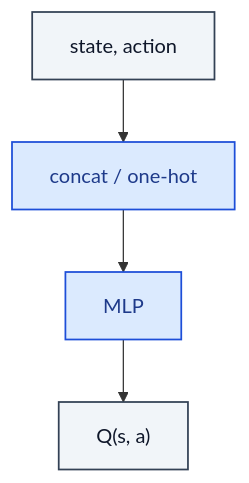
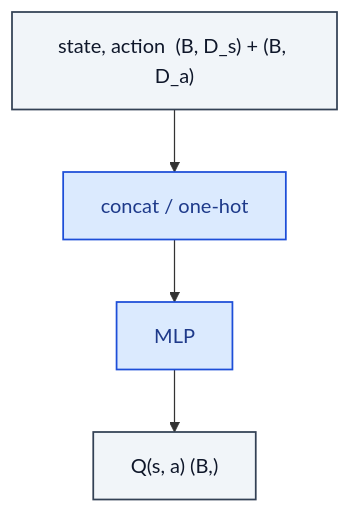
One commit to RealityShifts/Srivastava-book-of-Blocks-diagrams changed the diagram in rl/QNetwork.md. Above: the diagram before and after it, drawn with Mermaid. The commit also changed 123 other files, not shown here.

````diff
--- a/rl/QNetwork.md
+++ b/rl/QNetwork.md
@@ -7,19 +7,20 @@
 ```mermaid
 flowchart TD
-    n0_0["state, action"]:::io
+    n0_0["state, action  (B, D_s) + (B, D_a)"]:::io
     n1_0["concat / one-hot"]:::op
     n2_0["MLP"]:::op
-    n3_0["Q(s, a)"]:::io
+    n3_0["Q(s, a)  (B,)"]:::io
     n0_0 --> n1_0
     n1_0 --> n2_0
     n2_0 --> n3_0
     classDef io fill:#f1f5f9,stroke:#334155,stroke-width:1.4px,color:#0f172a
     classDef op fill:#dbeafe,stroke:#1d4ed8,stroke-width:1.4px,color:#1e3a8a
     classDef norm fill:#dcfce7,stroke:#15803d,stroke-width:1.4px,color:#14532d
     classDef act fill:#ffedd5,stroke:#c2410c,stroke-width:1.4px,color:#7c2d12
     classDef attn fill:#ede9fe,stroke:#6d28d9,stroke-width:1.4px,color:#4c1d95
     classDef merge fill:#fef3c7,stroke:#b45309,stroke-width:1.4px,color:#78350f
     classDef emb fill:#fef9c3,stroke:#a16207,stroke-width:1.4px,color:#713f12
     classDef loss fill:#fee2e2,stroke:#b91c1c,stroke-width:1.4px,color:#7f1d1d
     classDef ctrl fill:#f5f5f4,stroke:#52525b,stroke-width:1.4px,color:#27272a
+    classDef ref fill:#e0f2fe,stroke:#0369a1,stroke-width:2px,color:#0c4a6e,stroke-dasharray: 4 2
 ```
````
